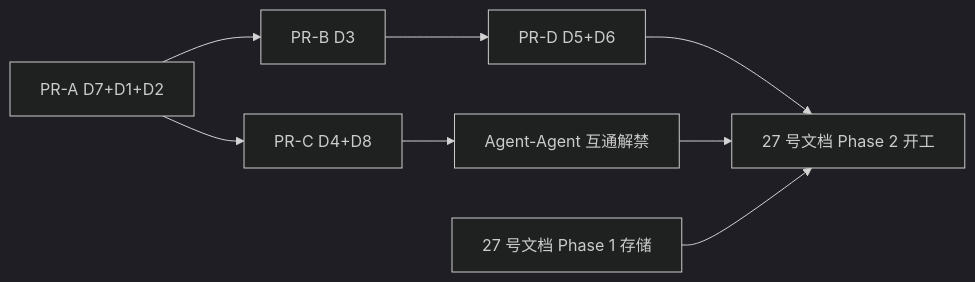
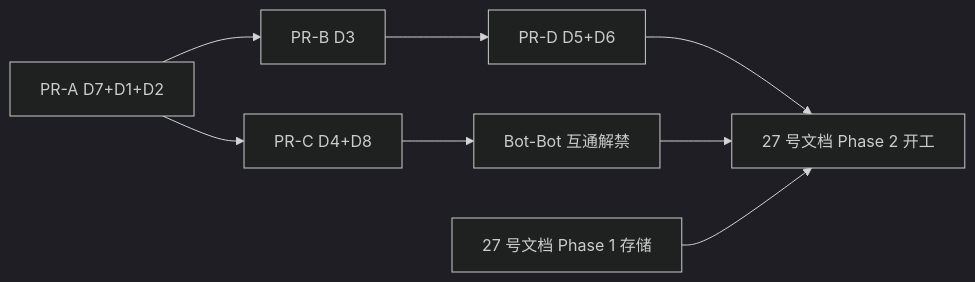
Before and after one commit to acowork/acowork: the second of 2 diagrams in docs/plan/zh/intent-delivery-tech-debt-plan.md, drawn with Mermaid (dark theme). The commit also changed other lines of this file and 23 other files, not shown here.

First line of the commit message:
docs(plan): unify user-visible agent term to bot in work plans

````diff
--- a/docs/plan/zh/intent-delivery-tech-debt-plan.md
+++ b/docs/plan/zh/intent-delivery-tech-debt-plan.md
@@ -92,10 +92,10 @@
 ```mermaid
 graph LR
     A["PR-A D7+D1+D2"] --> B["PR-B D3"]
     A --> C["PR-C D4+D8"]
     B --> D["PR-D D5+D6"]
-    C --> E["Agent-Agent 互通解禁"]
+    C --> E["Bot-Bot 互通解禁"]
     D --> F["27 号文档 Phase 2 开工"]
     E --> F
     P["27 号文档 Phase 1 存储"] --> F
 ```
````
